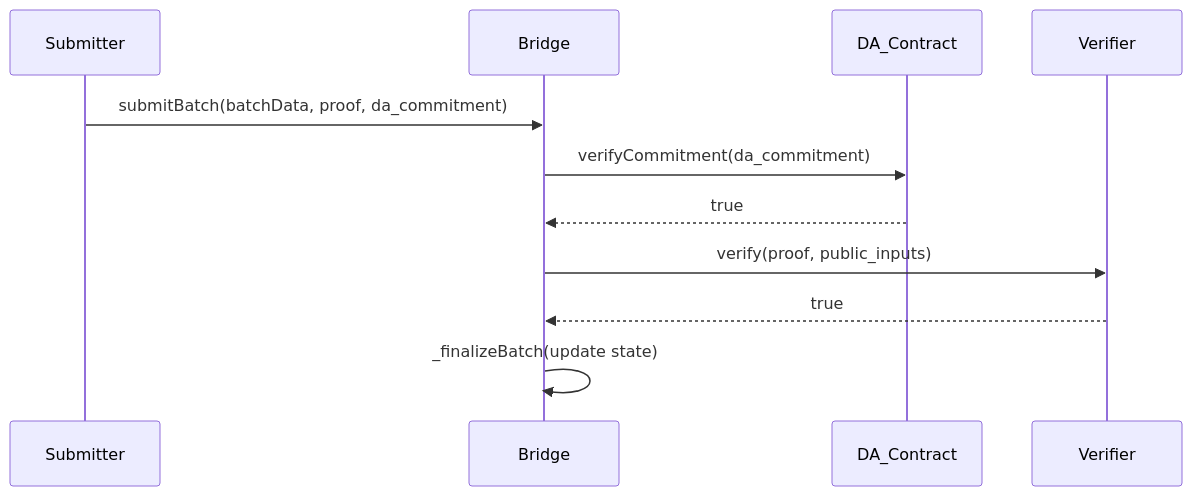
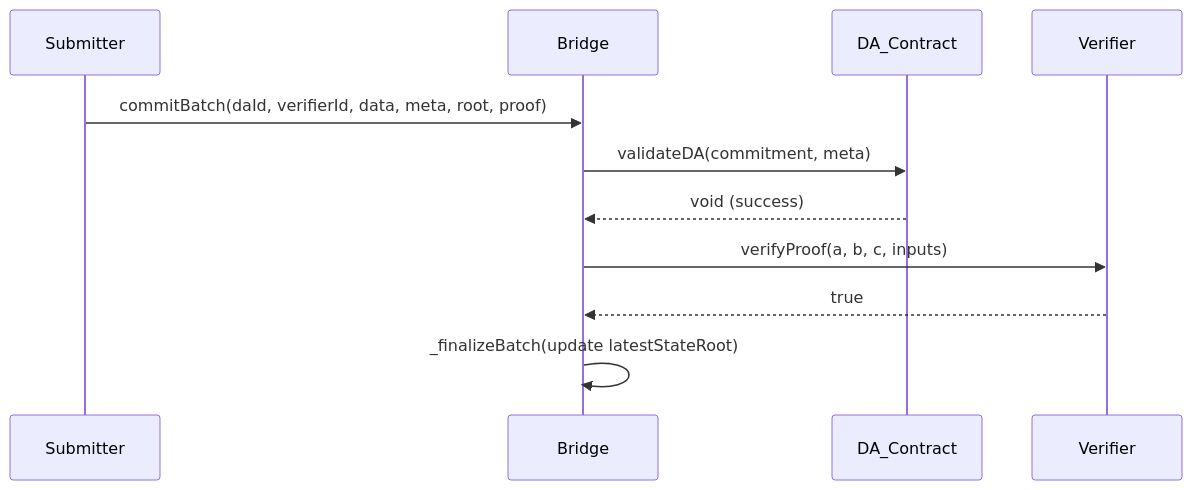
One commit to RollupX-FYP/rollupx-full-zk-rollup changed the third of 3 diagrams in docs/contracts.md. Above: the diagram before and after it, drawn with Mermaid. The commit also changed other lines of this file and 4 other files, not shown here.

Commit message:
documentation for smart contract architecture, API, and integration guides

````diff
--- a/docs/contracts.md
+++ b/docs/contracts.md
@@ -36,14 +39,14 @@
 ```mermaid
 sequenceDiagram
     participant Submitter
     participant Bridge
     participant DA_Contract
     participant Verifier
-
-    Submitter->>Bridge: submitBatch(batchData, proof, da_commitment)
-    Bridge->>DA_Contract: verifyCommitment(da_commitment)
-    DA_Contract-->>Bridge: true
-    Bridge->>Verifier: verify(proof, public_inputs)
+ 
+    Submitter->>Bridge: commitBatch(daId, verifierId, data, meta, root, proof)
+    Bridge->>DA_Contract: validateDA(commitment, meta)
+    DA_Contract-->>Bridge: void (success)
+    Bridge->>Verifier: verifyProof(a, b, c, inputs)
     Verifier-->>Bridge: true
-    Bridge->>Bridge: _finalizeBatch(update state)
+    Bridge->>Bridge: _finalizeBatch(update latestStateRoot)
 ```
````
